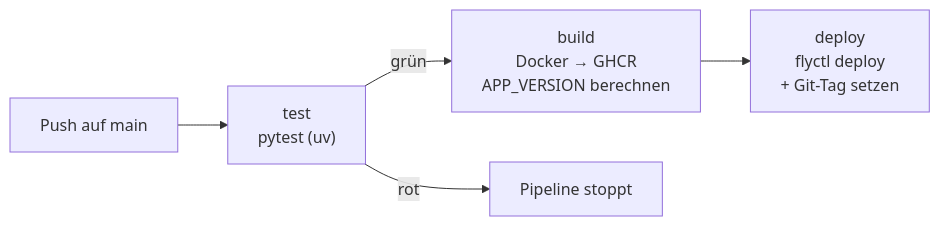
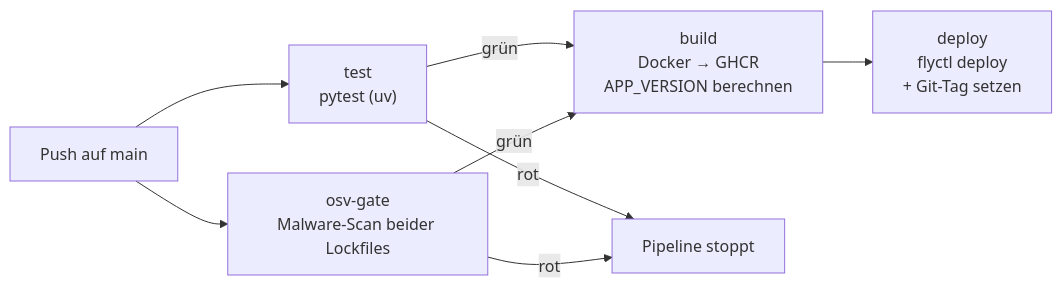
Before and after one commit to konstantinniedermann/olivalle-webshop: the diagram in docs/ci-cd-und-versionierung.md, drawn with Mermaid. The commit also changed other lines of this file and 1 other file, not shown here.

````diff
--- a/docs/ci-cd-und-versionierung.md
+++ b/docs/ci-cd-und-versionierung.md
@@ -11,7 +11,10 @@
 ```mermaid
 graph LR
     Push["Push auf main"] --> Test["test<br/>pytest (uv)"]
+    Push --> OSV["osv-gate<br/>Malware-Scan beider Lockfiles"]
     Test -->|grün| Build["build<br/>Docker → GHCR<br/>APP_VERSION berechnen"]
+    OSV -->|grün| Build
     Build --> Deploy["deploy<br/>flyctl deploy<br/>+ Git-Tag setzen"]
     Test -->|rot| Stop["Pipeline stoppt"]
+    OSV -->|rot| Stop
 ```
````
